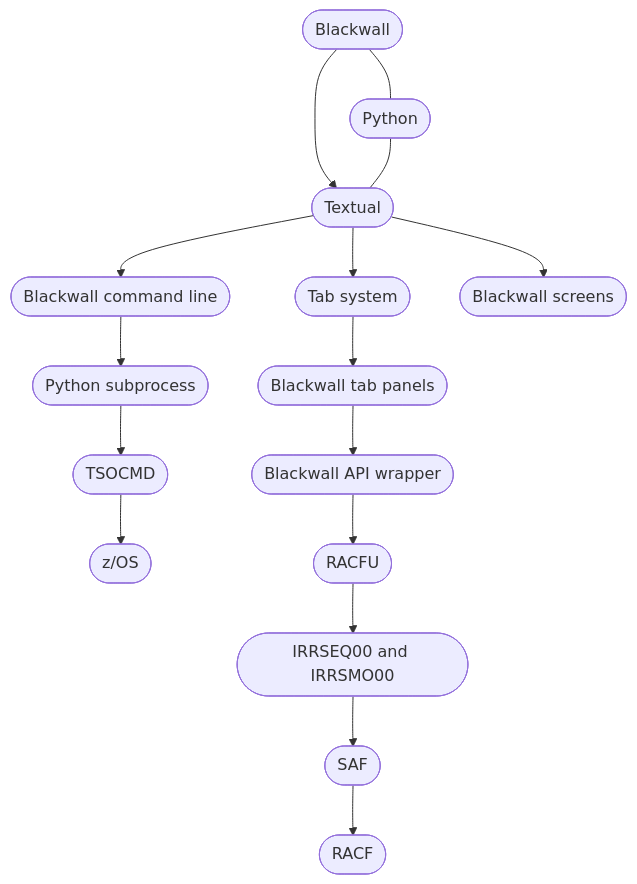
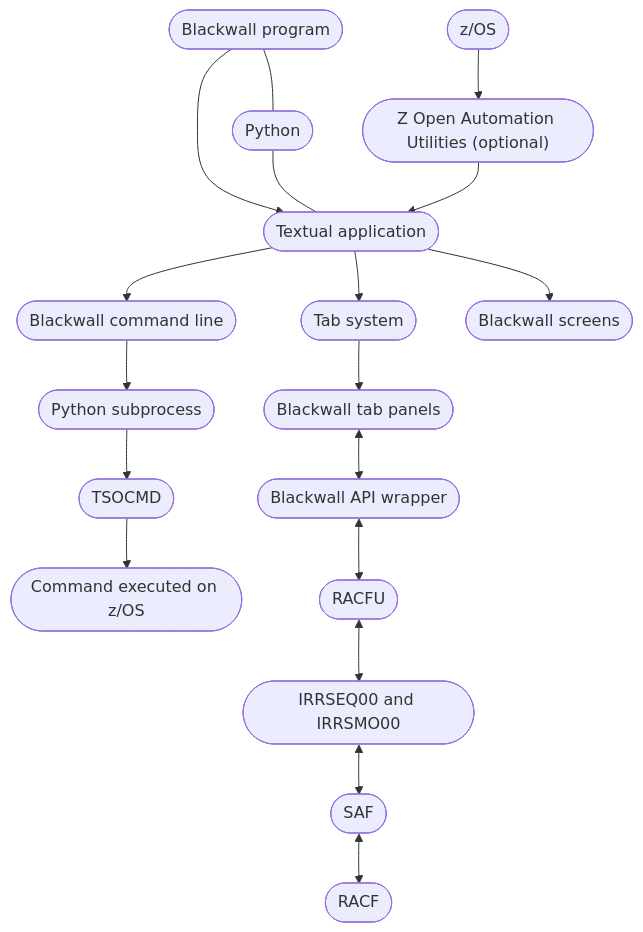
Before and after one commit to EmmasBox/blackwall-protocol-docs: the diagram in architecture.md, drawn with Mermaid.

Commit message:
Expanded architecture chart

```diff
--- a/architecture.md
+++ b/architecture.md
@@ -11,37 +11,43 @@
 <pre class="mermaid">
 flowchart TD
-    BLACKWALL(["Blackwall"])
+    BLACKWALL(["Blackwall program"])
     PYTHON(["Python"])
-    TEXTUAL(["Textual"])
+    TEXTUAL(["Textual application"])
     BLACKWALL --> TEXTUAL
     BLACKWALL --- PYTHON
     TEXTUAL --> COMMANDLINE
     PYTHON --- TEXTUAL
 
     TABS(["Tab system"])
     TEXTUAL --> TABS
     TABS --> PANELS
 
     BLACKWALLSCREENS(["Blackwall screens"])
     TEXTUAL --> BLACKWALLSCREENS
 
     COMMANDLINE(["Blackwall command line"])
     SUBPROCESS(["Python subprocess"])
     TSOCMD(["TSOCMD"])
-    ZOS(["z/OS"])
+    ZOSCOMMAND(["Command executed on z/OS"])
+    
     COMMANDLINE --> SUBPROCESS
     SUBPROCESS --> TSOCMD
-    TSOCMD --> ZOS
+    TSOCMD --> ZOSCOMMAND
+
+    ZOAU(["Z Open Automation Utilities (optional)"])
+    ZOS(["z/OS"])
+    ZOS --> ZOAU
+    ZOAU --> TEXTUAL
 
     PANELS(["Blackwall tab panels"])
     WRAPPER(["Blackwall API wrapper"])
     RACFU(["RACFU"])
     COREAPI(["IRRSEQ00 and IRRSMO00"])
     SAF(["SAF"])
     RACF(["RACF"])
-    PANELS --> WRAPPER
-    WRAPPER --> RACFU
-    RACFU --> COREAPI
-    COREAPI --> SAF
-    SAF --> RACF
+    PANELS <--> WRAPPER
+    WRAPPER <--> RACFU
+    RACFU <--> COREAPI
+    COREAPI <--> SAF
+    SAF <--> RACF
 </pre>
```
